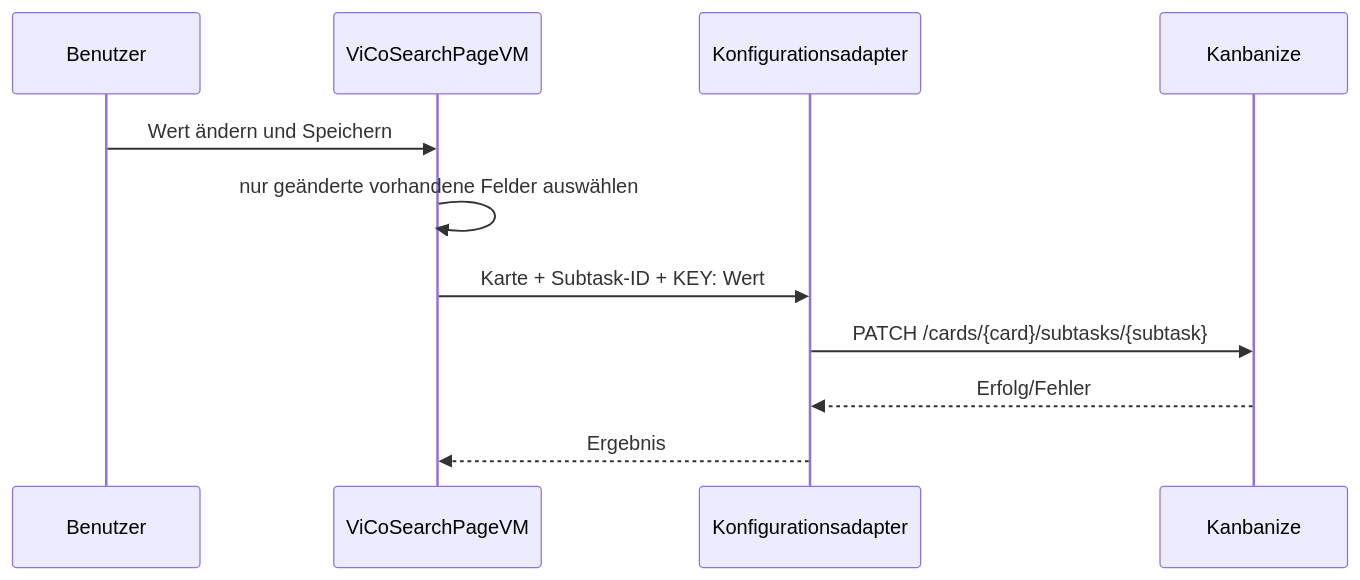
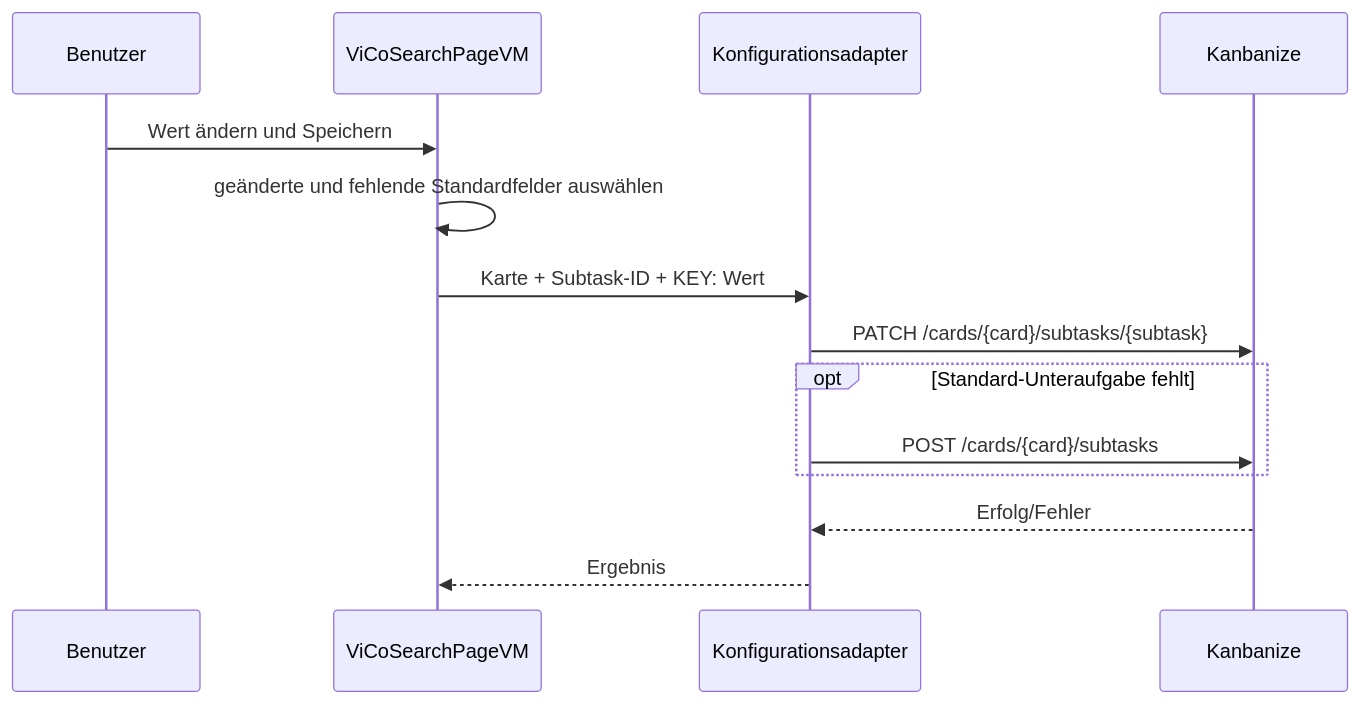
One commit to Marbest4/VIBN_Tools_integratedVico changed the second of 6 diagrams in docs/DATENFLUESSE.md. Above: the diagram before and after it, drawn with Mermaid. The commit also changed other lines of this file and 43 other files, not shown here.

````diff
--- a/docs/DATENFLUESSE.md
+++ b/docs/DATENFLUESSE.md
@@ -21,13 +21,16 @@
 ```mermaid
 sequenceDiagram
     participant U as Benutzer
     participant VM as ViCoSearchPageVM
     participant C as Konfigurationsadapter
     participant K as Kanbanize
     U->>VM: Wert ändern und Speichern
-    VM->>VM: nur geänderte vorhandene Felder auswählen
+    VM->>VM: geänderte und fehlende Standardfelder auswählen
     VM->>C: Karte + Subtask-ID + KEY: Wert
     C->>K: PATCH /cards/{card}/subtasks/{subtask}
+    opt Standard-Unteraufgabe fehlt
+        C->>K: POST /cards/{card}/subtasks
+    end
     K-->>C: Erfolg/Fehler
     C-->>VM: Ergebnis
 ```
````
